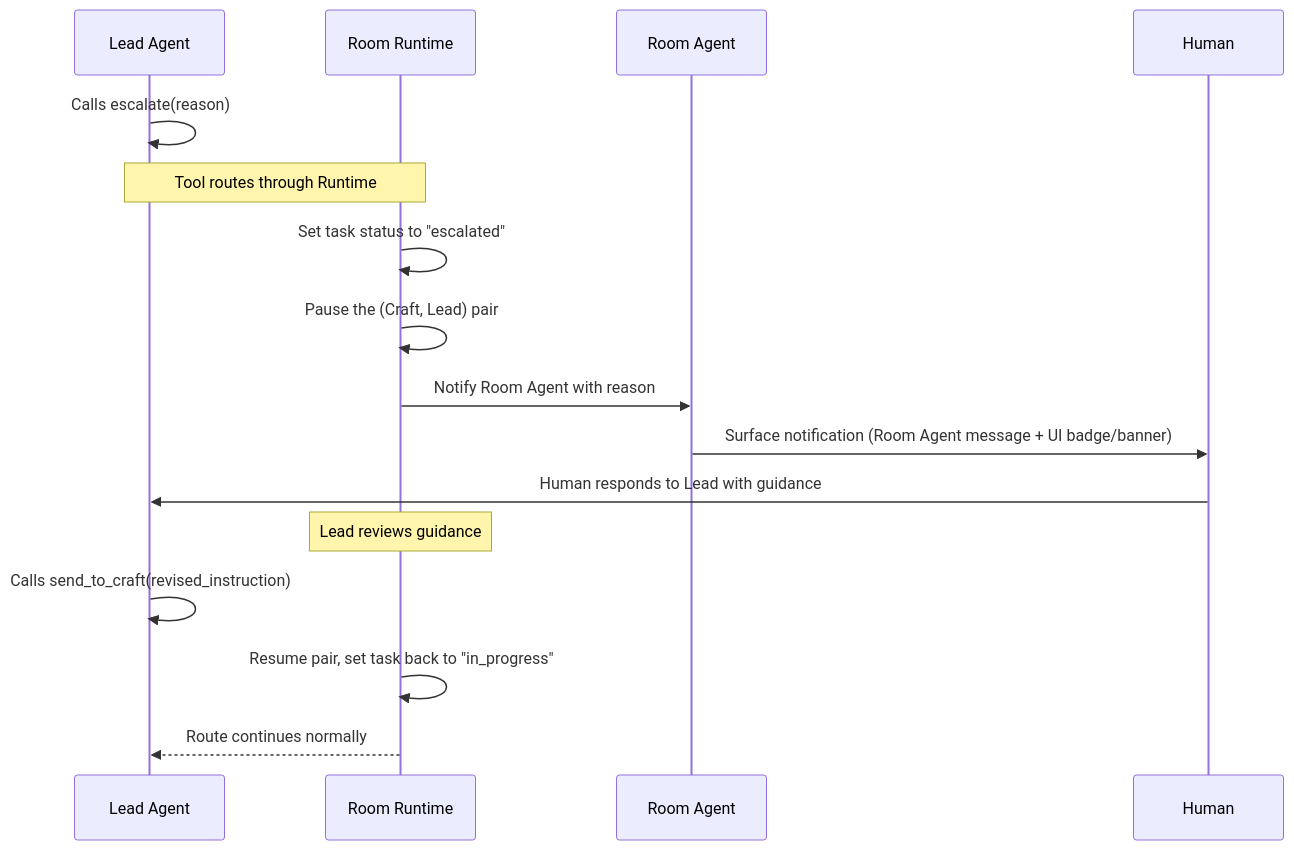
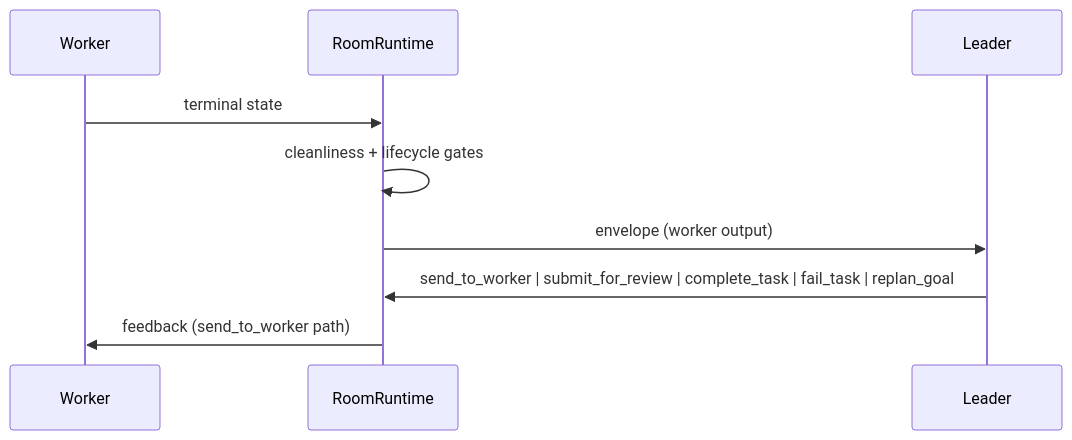
Before and after one commit to lsm/neokai: the second of 4 diagrams in docs/design/room-runtime-spec.md, drawn with Mermaid. The commit also changed other lines of this file and 26 other files, not shown here.

Commit message:
Refactor room task routing and remove group-state dependency

````diff
--- a/docs/design/room-runtime-spec.md
+++ b/docs/design/room-runtime-spec.md
@@ -563,19 +82,12 @@
 ```mermaid
 sequenceDiagram
-    participant L as Lead Agent
-    participant RT as Room Runtime
-    participant RA as Room Agent
-    participant H as Human
+    participant W as Worker
+    participant RT as RoomRuntime
+    participant L as Leader
 
-    L->>L: Calls escalate(reason)
-    Note over L,RT: Tool routes through Runtime
-    RT->>RT: Set task status to "escalated"
-    RT->>RT: Pause the (Craft, Lead) pair
-    RT->>RA: Notify Room Agent with reason
-    RA->>H: Surface notification (Room Agent message + UI badge/banner)
-    H->>L: Human responds to Lead with guidance
-    Note over RT: Lead reviews guidance
-    L->>L: Calls send_to_craft(revised_instruction)
-    RT->>RT: Resume pair, set task back to "in_progress"
-    RT-->>L: Route continues normally
+    W->>RT: terminal state
+    RT->>RT: cleanliness + lifecycle gates
+    RT->>L: envelope (worker output)
+    L->>RT: send_to_worker | submit_for_review | complete_task | fail_task | replan_goal
+    RT->>W: feedback (send_to_worker path)
 ```
````
